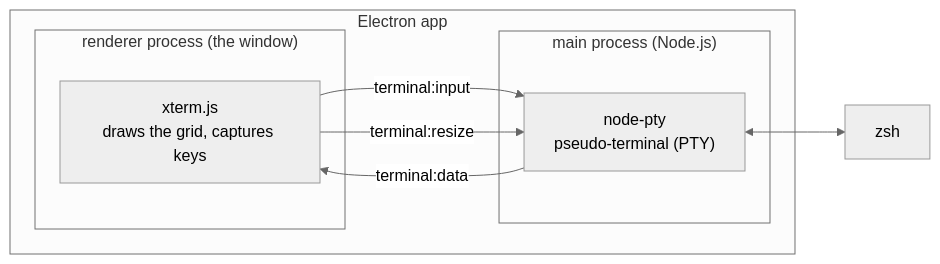
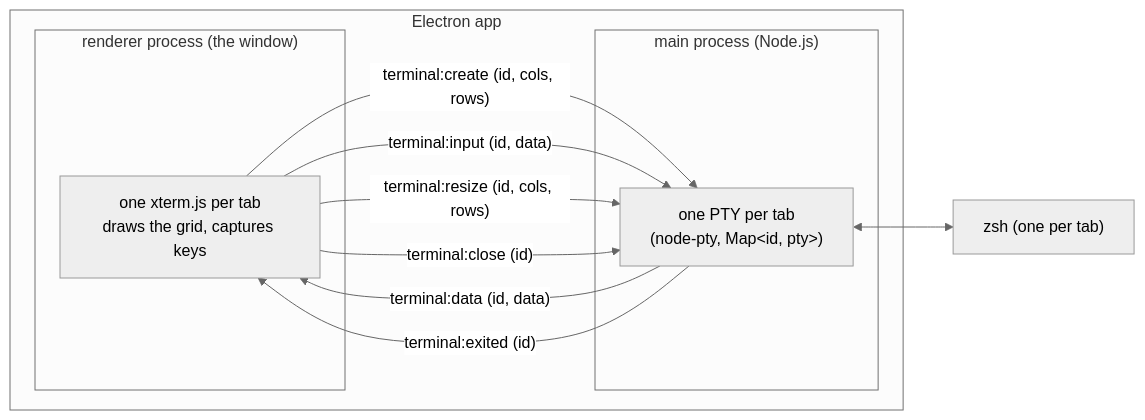
One commit to luis-herasme/editor changed the first of 2 diagrams in README.md. Above: the diagram before and after it, drawn with Mermaid (neutral theme). The commit also changed other lines of this file and 10 other files, not shown here.

````diff
--- a/README.md
+++ b/README.md
@@ -21,17 +23,20 @@
 ```mermaid
 flowchart LR
     subgraph app["Electron app"]
         subgraph renderer["renderer process (the window)"]
-            xterm["xterm.js<br/>draws the grid, captures keys"]
+            xterm["one xterm.js per tab<br/>draws the grid, captures keys"]
         end
         subgraph mainp["main process (Node.js)"]
-            ptyend["node-pty<br/>pseudo-terminal (PTY)"]
+            ptyend["one PTY per tab<br/>(node-pty, Map&lt;id, pty&gt;)"]
         end
     end
-    zsh["zsh"]
+    zsh["zsh (one per tab)"]
 
-    xterm -- "terminal:input" --> ptyend
-    xterm -- "terminal:resize" --> ptyend
-    ptyend -- "terminal:data" --> xterm
+    xterm -- "terminal:create (id, cols, rows)" --> ptyend
+    xterm -- "terminal:input (id, data)" --> ptyend
+    xterm -- "terminal:resize (id, cols, rows)" --> ptyend
+    xterm -- "terminal:close (id)" --> ptyend
+    ptyend -- "terminal:data (id, data)" --> xterm
+    ptyend -- "terminal:exited (id)" --> xterm
     ptyend <--> zsh
 ```
````
